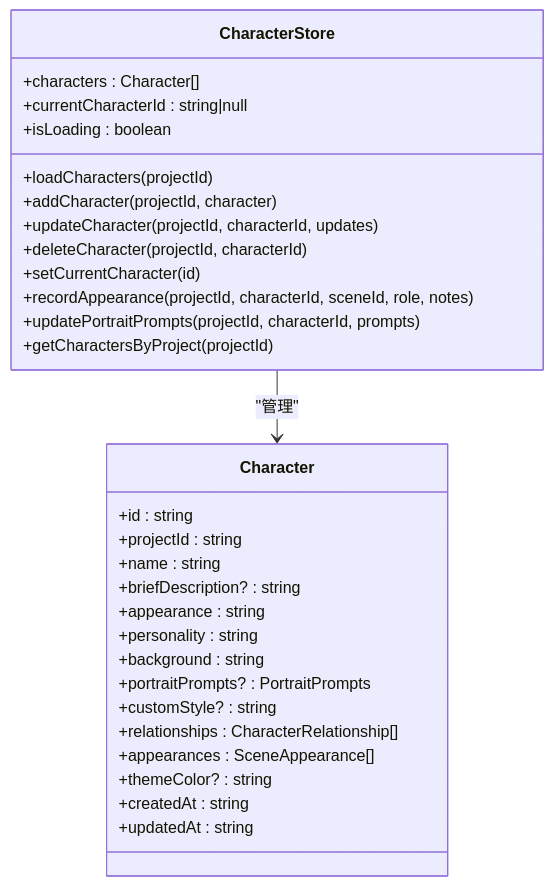
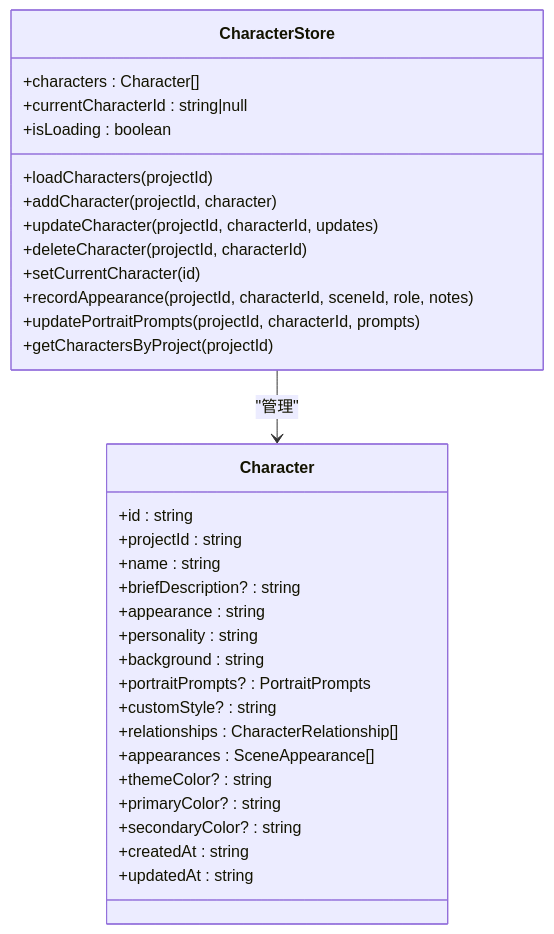
Before and after one commit to leonaiuv/aixsss: the fourth of 5 diagrams in .qoder/repowiki/zh/content/核心功能详解/角色管理.md, drawn with Mermaid. The commit also changed other lines of this file and 5 other files, not shown here.

````diff
--- a/.qoder/repowiki/zh/content/核心功能详解/角色管理.md
+++ b/.qoder/repowiki/zh/content/核心功能详解/角色管理.md
@@ -179,33 +232,35 @@
 ```mermaid
 classDiagram
 class CharacterStore {
 +characters : Character[]
 +currentCharacterId : string|null
 +isLoading : boolean
 +loadCharacters(projectId)
 +addCharacter(projectId, character)
 +updateCharacter(projectId, characterId, updates)
 +deleteCharacter(projectId, characterId)
 +setCurrentCharacter(id)
 +recordAppearance(projectId, characterId, sceneId, role, notes)
 +updatePortraitPrompts(projectId, characterId, prompts)
 +getCharactersByProject(projectId)
 }
 class Character {
 +id : string
 +projectId : string
 +name : string
 +briefDescription? : string
 +appearance : string
 +personality : string
 +background : string
 +portraitPrompts? : PortraitPrompts
 +customStyle? : string
 +relationships : CharacterRelationship[]
 +appearances : SceneAppearance[]
 +themeColor? : string
++primaryColor? : string
++secondaryColor? : string
 +createdAt : string
 +updatedAt : string
 }
 CharacterStore --> Character : "管理"
 ```
````
